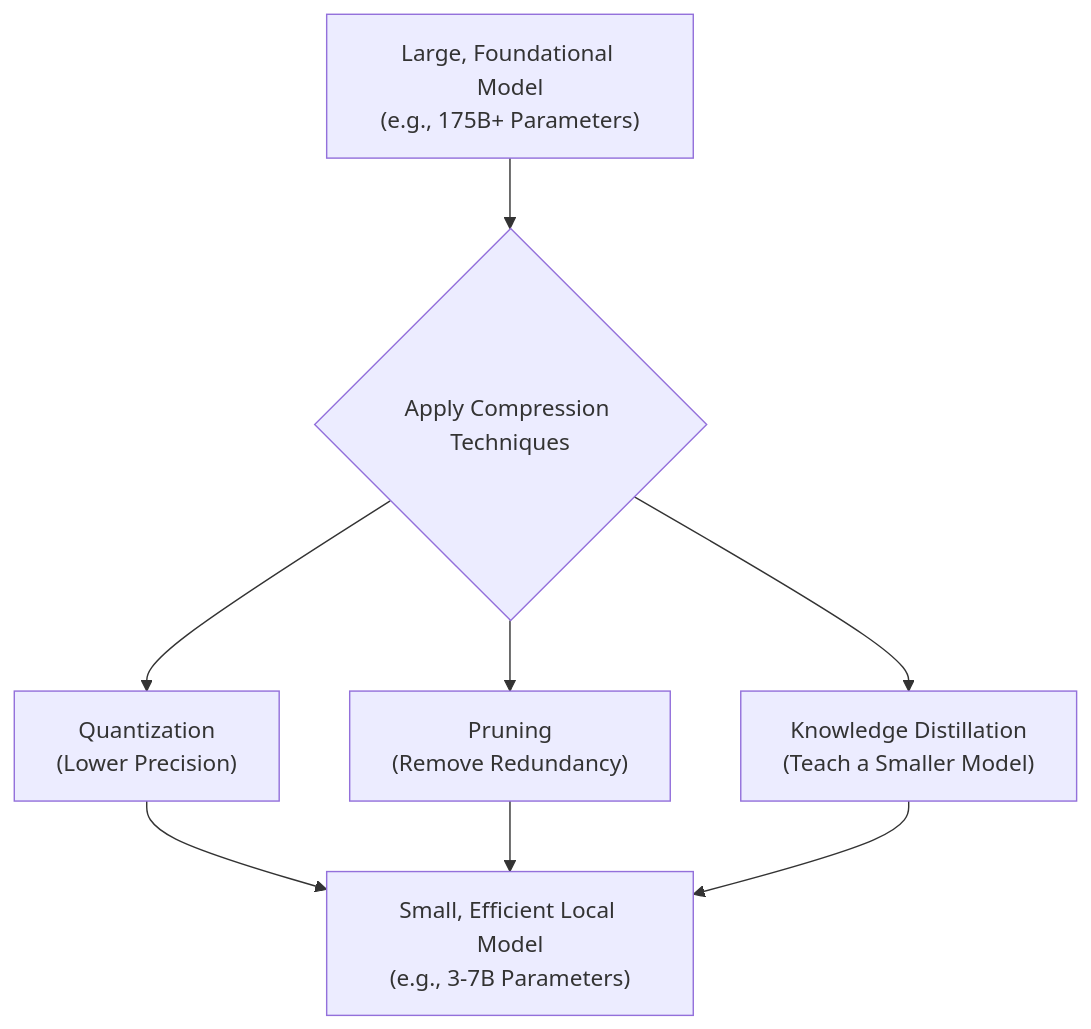
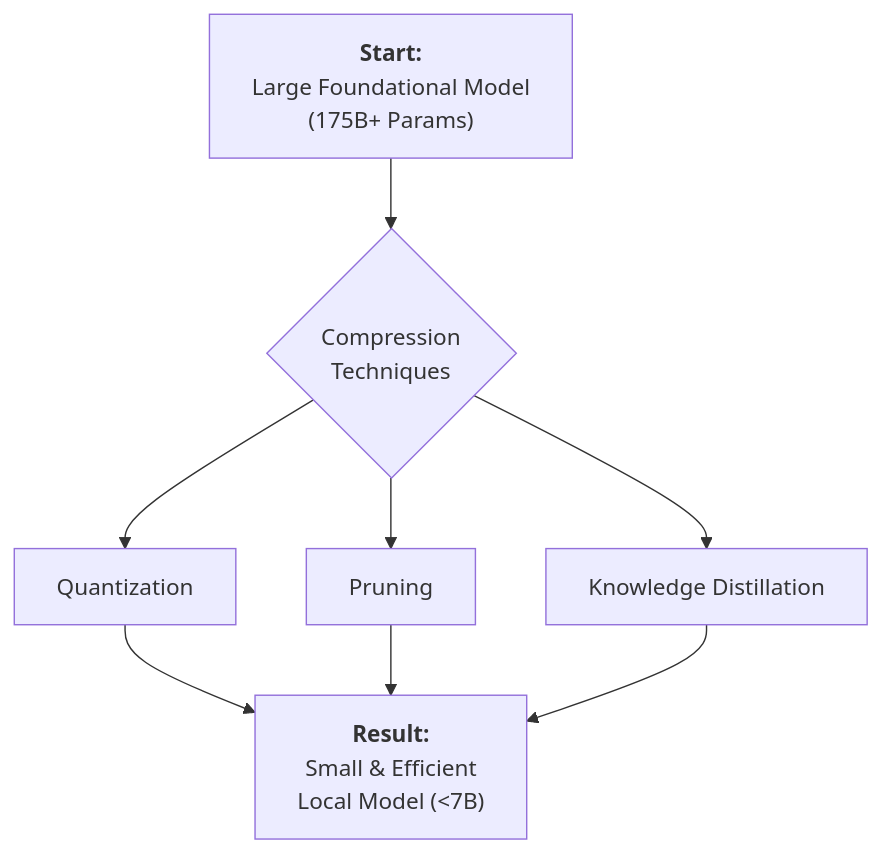
One commit to BastionAI/bastionai.github.io changed the first of 3 diagrams in _posts/2025-06-18-inverse-moores-law-local-ai.md. Above: the diagram before and after it, drawn with Mermaid. The commit also changed other lines of this file, not shown here.

```diff
--- a/_posts/2025-06-18-inverse-moores-law-local-ai.md
+++ b/_posts/2025-06-18-inverse-moores-law-local-ai.md
@@ -32,10 +32,10 @@
 <div class="mermaid">
 graph TD;
-    A["Large, Foundational Model<br/>(e.g., 175B+ Parameters)"] --> B{Apply Compression Techniques};
-    B --> C["Quantization<br/>(Lower Precision)"];
-    B --> D["Pruning<br/>(Remove Redundancy)"];
-    B --> E["Knowledge Distillation<br/>(Teach a Smaller Model)"];
-    C --> F["Small, Efficient Local Model<br/>(e.g., 3-7B Parameters)"];
+    A["<b>Start:</b><br>Large Foundational Model<br>(175B+ Params)"] --> B{Compression<br>Techniques};
+    B --> C[Quantization];
+    B --> D[Pruning];
+    B --> E["Knowledge Distillation"];
+    C --> F;
     D --> F;
-    E --> F;
+    E --> F["<b>Result:</b><br>Small & Efficient<br>Local Model (<7B)"];
 </div>
```
